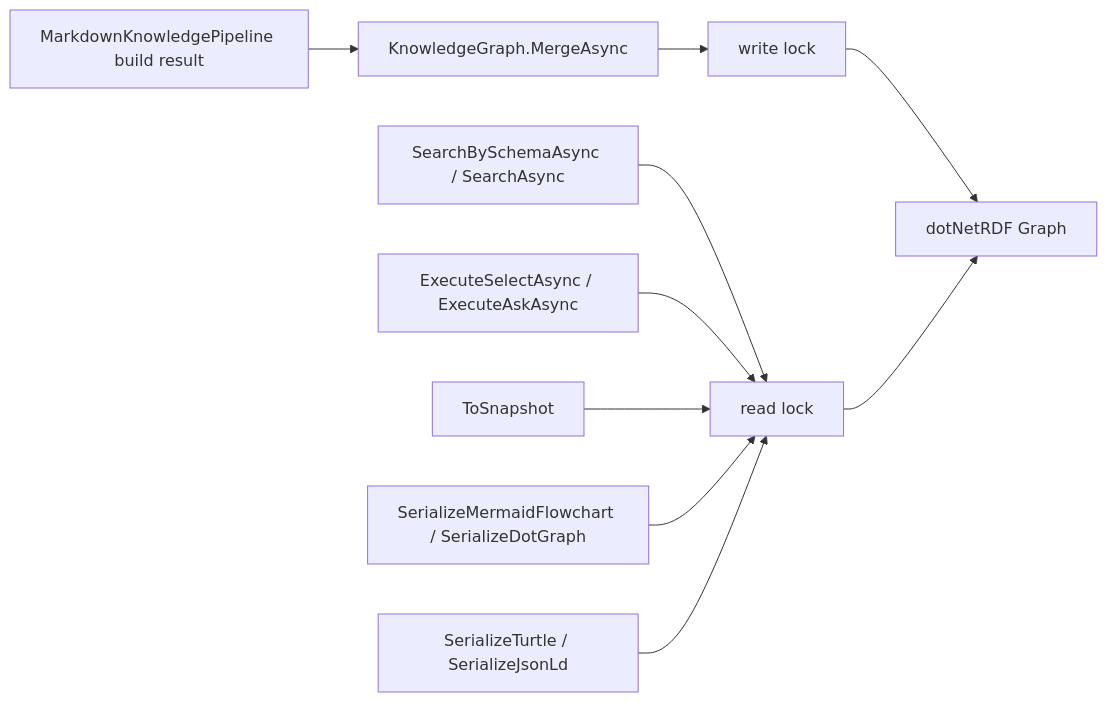
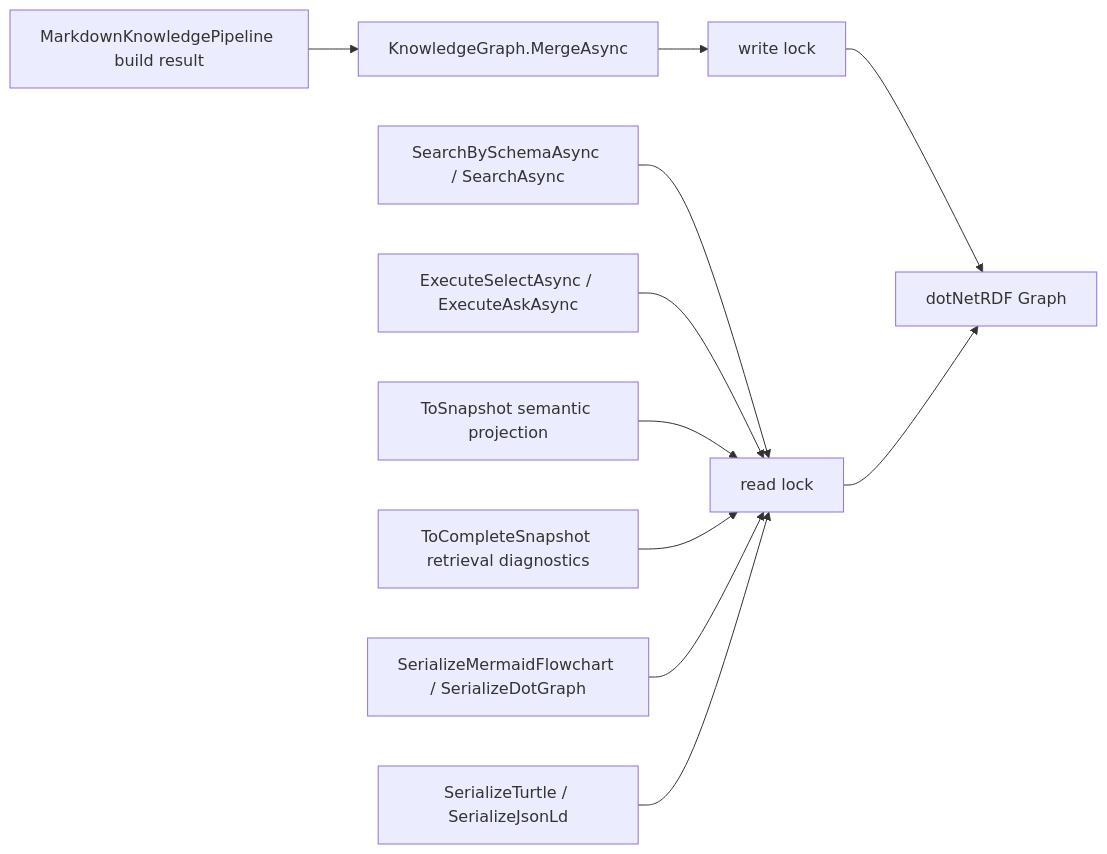
Before and after one commit to managedcode/markdown-ld-kb: the tenth of 11 diagrams in docs/Architecture.md, drawn with Mermaid. The commit also changed other lines of this file and 42 other files, not shown here.

Commit message:
Release 0.2.7 graph normalization

````diff
--- a/docs/Architecture.md
+++ b/docs/Architecture.md
@@ -395,12 +405,13 @@
 ```mermaid
 flowchart LR
     BuiltGraph["MarkdownKnowledgePipeline build result"] --> Merge["KnowledgeGraph.MergeAsync"]
     Merge --> WriteLock["write lock"]
     Search["SearchBySchemaAsync / SearchAsync"] --> ReadLock["read lock"]
     Select["ExecuteSelectAsync / ExecuteAskAsync"] --> ReadLock
-    Snapshot["ToSnapshot"] --> ReadLock
+    Snapshot["ToSnapshot semantic projection"] --> ReadLock
+    CompleteSnapshot["ToCompleteSnapshot retrieval diagnostics"] --> ReadLock
     Diagram["SerializeMermaidFlowchart / SerializeDotGraph"] --> ReadLock
     Serialize["SerializeTurtle / SerializeJsonLd"] --> ReadLock
     WriteLock --> DotNetRdf["dotNetRDF Graph"]
     ReadLock --> DotNetRdf
 ```
````
